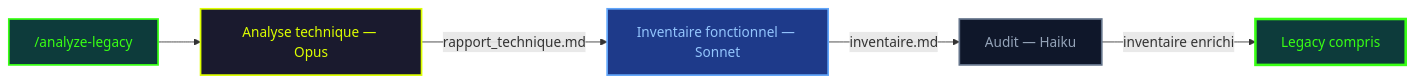
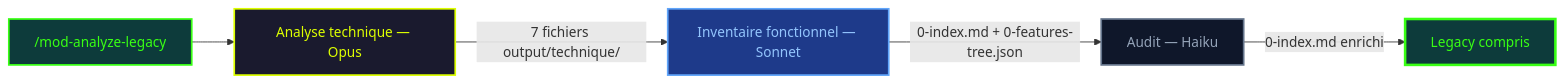
One commit to fondative/claude-code-ecosystem changed the fifth of 15 diagrams in docs/guide/methodology.md. Above: the diagram before and after it, drawn with Mermaid. The commit also changed other lines of this file and 260 other files, not shown here.

````diff
--- a/docs/guide/methodology.md
+++ b/docs/guide/methodology.md
@@ -222,25 +226,25 @@
 ```mermaid
 graph LR
-    CMD["/analyze-legacy"]
+    CMD["/mod-analyze-legacy"]
     T["Analyse technique — Opus"]
     F["Inventaire fonctionnel — Sonnet"]
     A["Audit — Haiku"]
     OUT["Legacy compris"]
 
     CMD --> T
-    T -->|rapport_technique.md| F
-    F -->|inventaire.md| A
-    A -->|inventaire enrichi| OUT
+    T -->|"7 fichiers output/technique/"| F
+    F -->|"0-index.md + 0-features-tree.json"| A
+    A -->|"0-index.md enrichi"| OUT
 
     classDef cmd fill:#0d3b3b,stroke:#39ff14,stroke-width:2px,color:#39ff14
     classDef opus fill:#1a1a2e,stroke:#ddff00,stroke-width:2px,color:#ddff00
     classDef sonnet fill:#1e3a8a,stroke:#60a5fa,stroke-width:2px,color:#93c5fd
     classDef haiku fill:#0f172a,stroke:#64748b,stroke-width:2px,color:#94a3b8
     classDef done fill:#0d3b3b,stroke:#39ff14,stroke-width:3px,color:#39ff14
 
     class CMD cmd
     class T opus
     class F sonnet
     class A haiku
     class OUT done
 ```
````
